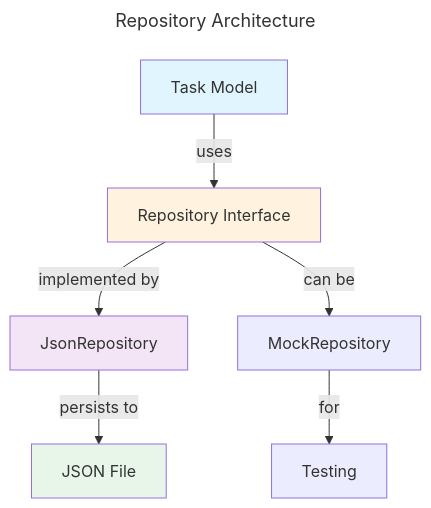
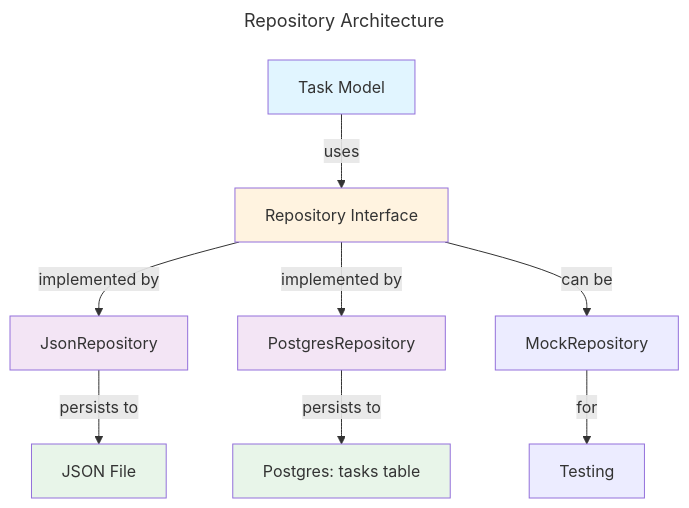
One commit to Eisler18/assistant_agent changed the diagram in docs/repository.md. Above: the diagram before and after it, drawn with Mermaid. The commit also changed other lines of this file and 22 other files, not shown here.

First line of the commit message:
Migrate task repository from JSON to Postgres

````diff
--- a/docs/repository.md
+++ b/docs/repository.md
@@ -15,16 +15,20 @@
 ```mermaid
 ---
 title: Repository Architecture
 ---
 graph TB
     A[Task Model] -->|uses| B[Repository Interface]
     B -->|implemented by| C[JsonRepository]
+    B -->|implemented by| G[PostgresRepository]
     B -->|can be| D[MockRepository]
     C -->|persists to| E[JSON File]
+    G -->|persists to| H[Postgres: tasks table]
     D -->|for| F[Testing]
-    
+
     style A fill:#e1f5ff
     style B fill:#fff3e0
     style C fill:#f3e5f5
+    style G fill:#f3e5f5
     style E fill:#e8f5e9
+    style H fill:#e8f5e9
 ```
````
